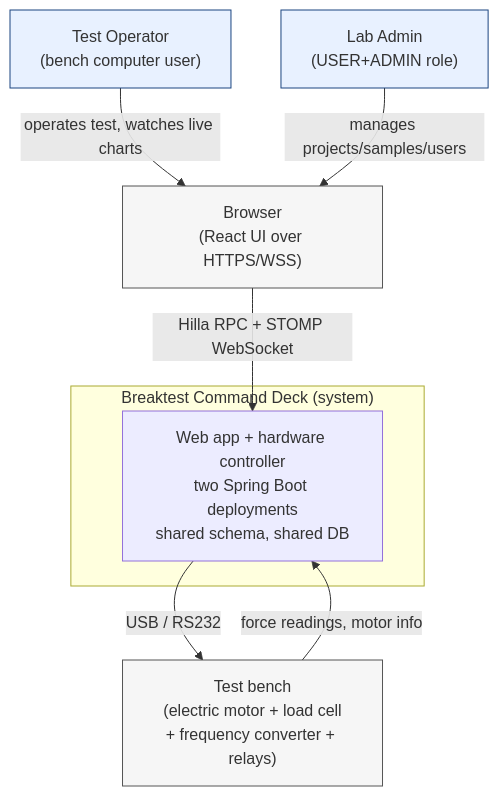
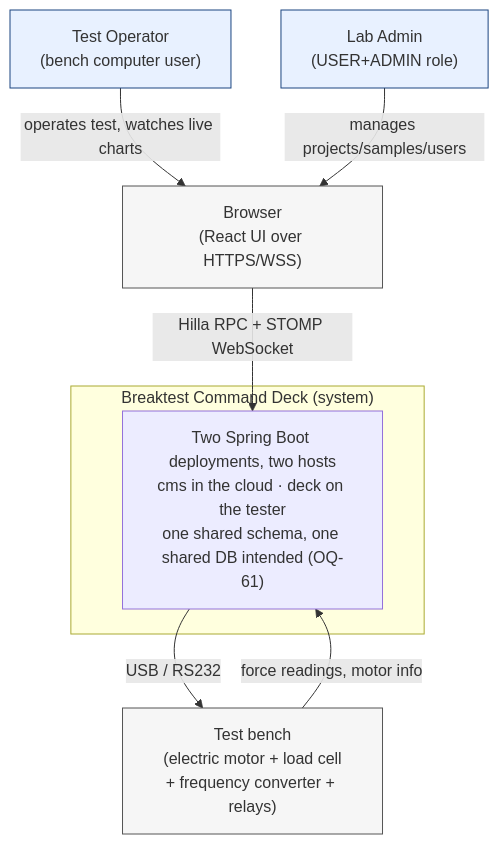
Before and after one commit to rupfizupfi/breaktest-command-deck: the diagram in doc/diagrams/src/c4-context.mmd, drawn with Mermaid. The commit also changed 69 other files, not shown here.

```diff
--- a/doc/diagrams/src/c4-context.mmd
+++ b/doc/diagrams/src/c4-context.mmd
@@ -1,21 +1,21 @@
 %% C4 Context diagram for Breaktest Command Deck
-%% Branch: dev-split @ 2026-04-25
+%% Branch: main @ 2026-08-29
 flowchart TB
     OP["Test Operator<br/>(bench computer user)"]:::actor
     AD["Lab Admin<br/>(USER+ADMIN role)"]:::actor
 
     subgraph SUT["Breaktest Command Deck (system)"]
-        SYS["Web app + hardware controller<br/>two Spring Boot deployments<br/>shared schema, shared DB"]
+        SYS["Two Spring Boot deployments, two hosts<br/>cms in the cloud · deck on the tester<br/>one shared schema, one shared DB intended (OQ-61)"]
     end
 
     HW["Test bench<br/>(electric motor + load cell<br/>+ frequency converter + relays)"]:::external
     BR["Browser<br/>(React UI over HTTPS/WSS)"]:::external
 
     OP -->|operates test, watches live charts| BR
     AD -->|manages projects/samples/users| BR
     BR -->|Hilla RPC + STOMP WebSocket| SYS
     SYS -->|USB / RS232| HW
     HW -->|force readings, motor info| SYS
 
     classDef actor fill:#e8f1ff,stroke:#1a4480
     classDef external fill:#f6f6f6,stroke:#555
```
